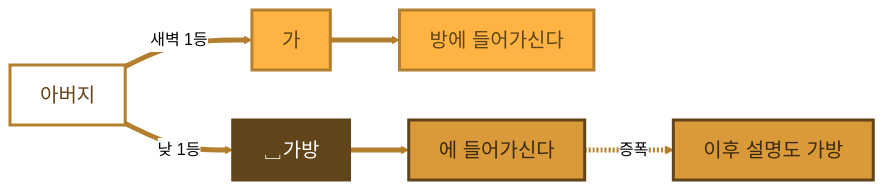
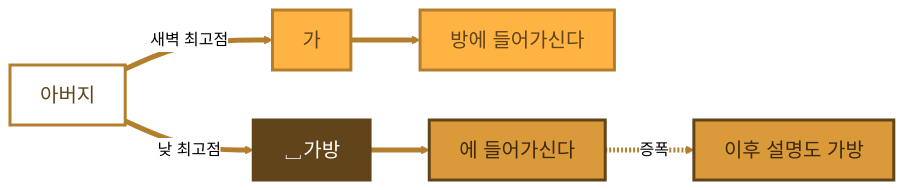
The first of 5 diagrams in llm-nondeterminism/llm-nondeterminism-blog.md (riverjin839/devopser), drawn with Mermaid (neutral theme) before and after one commit. The commit also changed other lines of this file and 2 other files, not shown here.

First line of the commit message:
llm-nondeterminism: CPU 전용 구조 9장 추가, 01 다이어그램 라벨 명확화

````diff
--- a/llm-nondeterminism/llm-nondeterminism-blog.md
+++ b/llm-nondeterminism/llm-nondeterminism-blog.md
@@ -38,16 +39,16 @@
 ```mermaid
 flowchart LR
-    A["아버지"] -->|새벽 1등| B["가"]
-    A -->|낮 1등| C["␣가방"]
+    A["아버지"] -->|새벽 최고점| B["가"]
+    A -->|낮 최고점| C["␣가방"]
     B --> D["방에 들어가신다"]
     C --> E["에 들어가신다"] -.->|증폭| F["이후 설명도 가방"]
     classDef base fill:#FFB343,stroke:#B37E2E,stroke-width:3px,color:#614419,font-size:20px;
     classDef accent fill:#DB9A39,stroke:#614419,stroke-width:3px,color:#3B2A10,font-size:20px;
     classDef core fill:#614419,stroke:#614419,stroke-width:3px,color:#fff,font-size:20px;
     classDef io fill:#FFFFFF,stroke:#B37E2E,stroke-width:3px,color:#614419,font-size:20px;
     class A io;
     class B,D base;
     class E,F accent;
     class C core;
     linkStyle default stroke:#B37E2E,stroke-width:5px;
 ```
````
